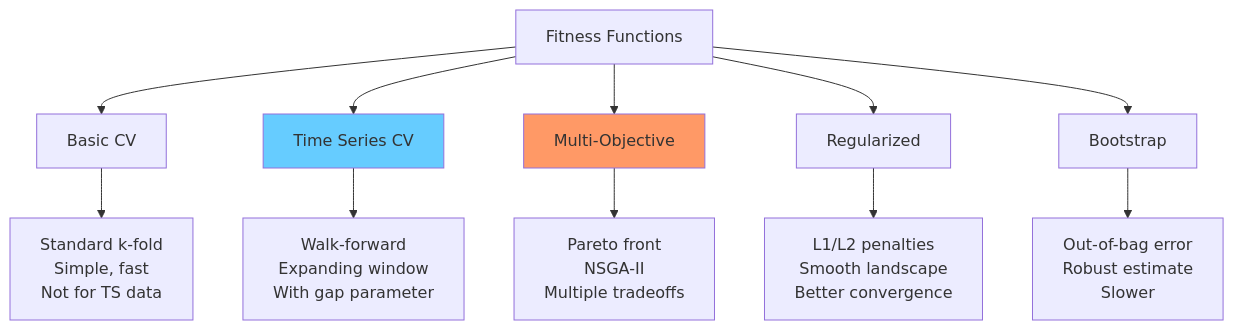
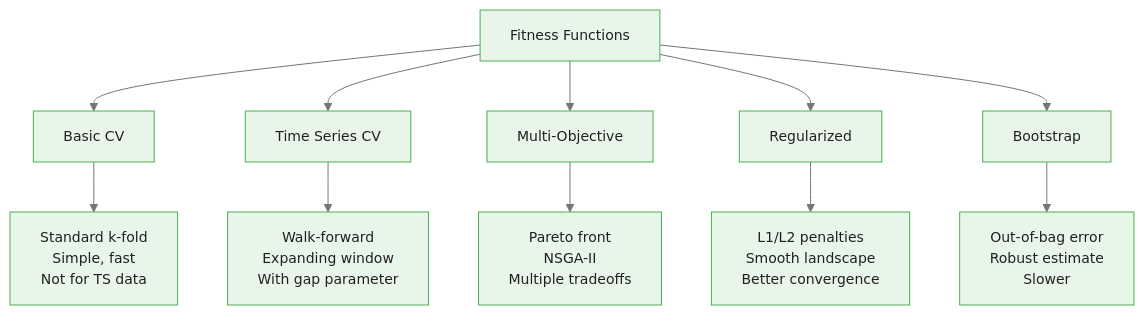
The fourth of 4 diagrams in courses/genetic-algorithms-feature-selection/modules/module_02_fitness/guides/02_cross_validation_fitness_slides.md (m-deane/course-creator), drawn with Mermaid before and after one commit. The commit also changed other lines of this file and 52 other files, not shown here.

````diff
--- a/courses/genetic-algorithms-feature-selection/modules/module_02_fitness/guides/02_cross_validation_fitness_slides.md
+++ b/courses/genetic-algorithms-feature-selection/modules/module_02_fitness/guides/02_cross_validation_fitness_slides.md
@@ -369,15 +366,14 @@
 ```mermaid
+%%{init: {"theme": "base", "themeVariables": {"primaryColor": "#e8f5e9", "primaryBorderColor": "#4caf50", "primaryTextColor": "#212121", "secondaryColor": "#e3f2fd", "tertiaryColor": "#fff8e1", "lineColor": "#757575", "fontFamily": "Inter, sans-serif", "fontSize": "14px"}}}%%
 graph TD
     A["Fitness Functions"] --> B["Basic CV"]
     A --> C["Time Series CV"]
     A --> D["Multi-Objective"]
     A --> E["Regularized"]
     A --> F["Bootstrap"]
     B --> B1["Standard k-fold<br/>Simple, fast<br/>Not for TS data"]
     C --> C1["Walk-forward<br/>Expanding window<br/>With gap parameter"]
     D --> D1["Pareto front<br/>NSGA-II<br/>Multiple tradeoffs"]
     E --> E1["L1/L2 penalties<br/>Smooth landscape<br/>Better convergence"]
     F --> F1["Out-of-bag error<br/>Robust estimate<br/>Slower"]
-    style C fill:#6cf
-    style D fill:#f96
 ```
````
